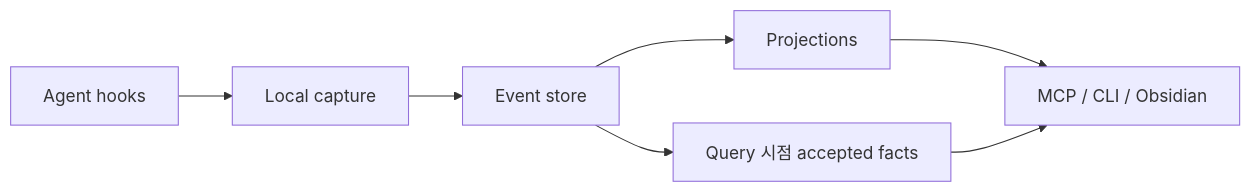
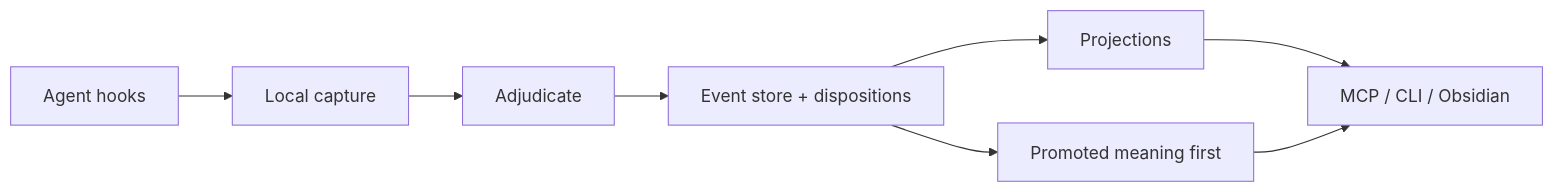
The third of 3 diagrams in README.ko.md (innocarpe/CarpeOS), drawn with Mermaid before and after one commit. The commit also changed other lines of this file and 1 other file, not shown here.

````diff
--- a/README.ko.md
+++ b/README.ko.md
@@ -146,9 +171,10 @@
 ```mermaid
 flowchart LR
   A[Agent hooks] --> B[Local capture]
-  B --> C[Event store]
-  C --> D[Query 시점 accepted facts]
+  B --> J[Adjudicate]
+  J --> C[Event store + dispositions]
+  C --> D[Promoted meaning first]
   C --> E[Projections]
   E --> F[MCP / CLI / Obsidian]
   D --> F
 ```
````
